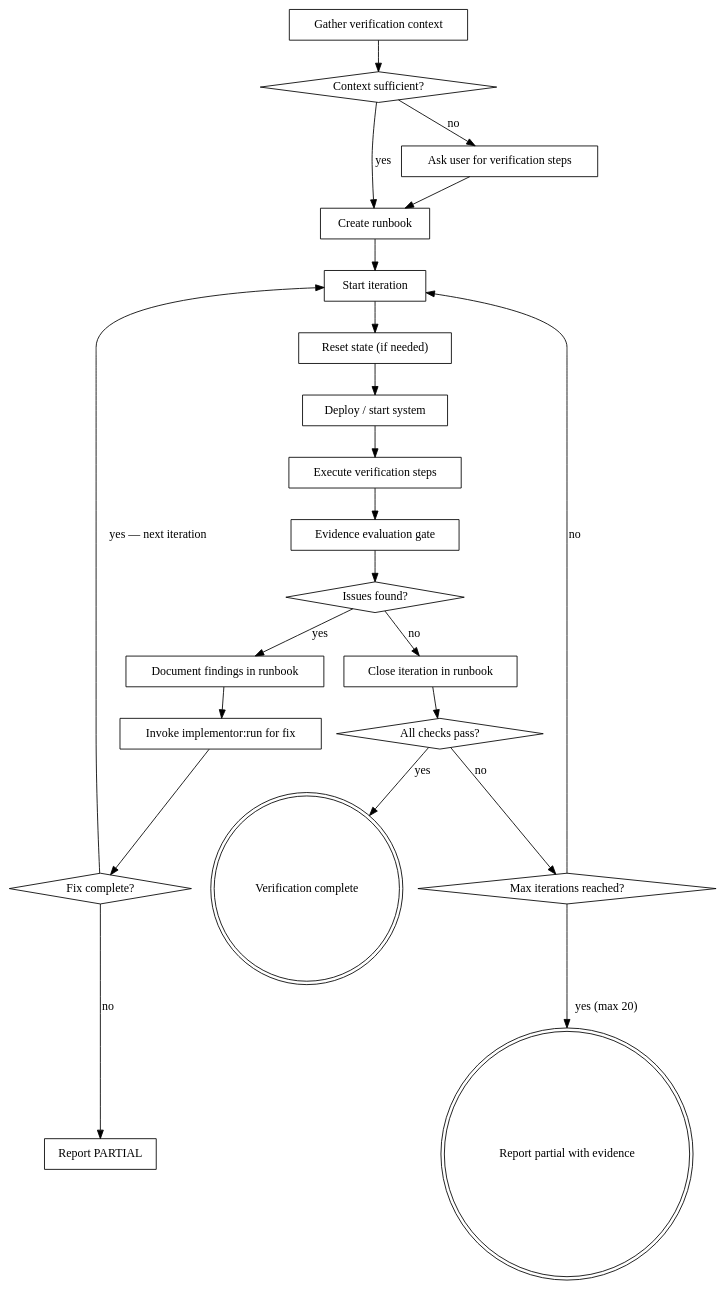
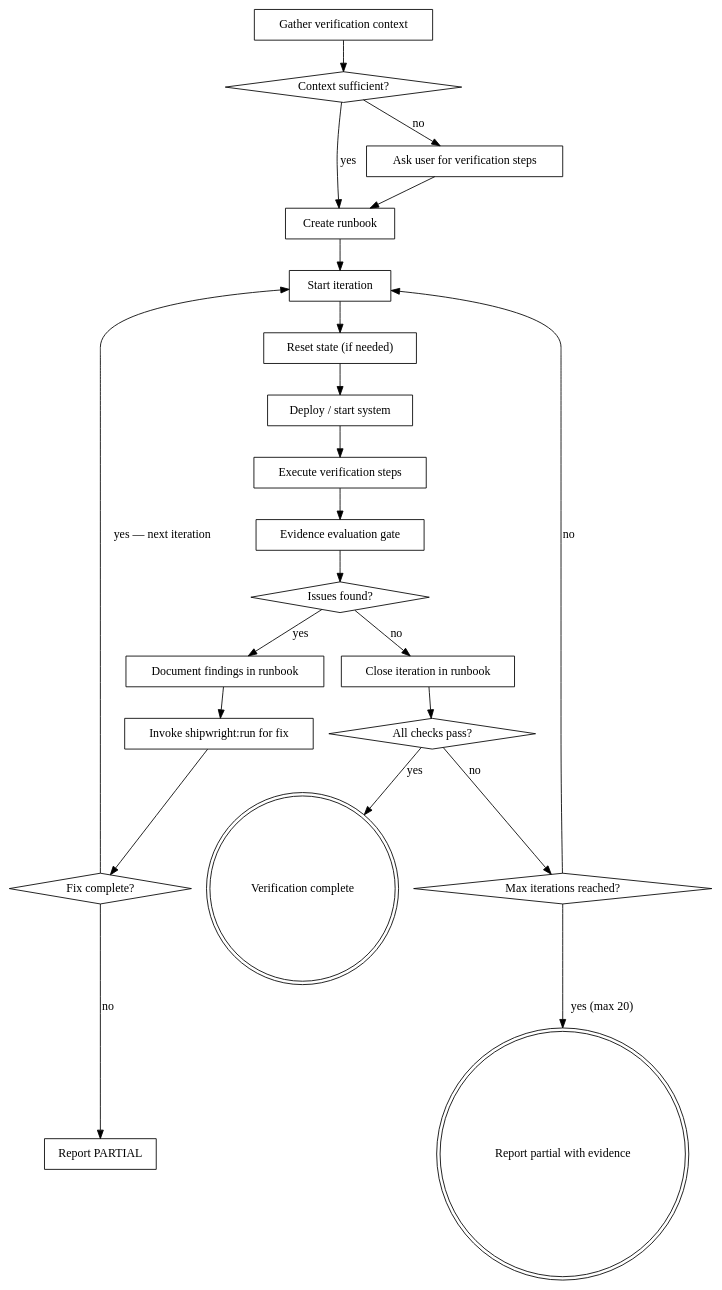
Before and after one commit to hybriden/shipwright: the diagram in skills/auto-verify/SKILL.md, drawn with Graphviz. The commit also changed other lines of this file and 24 other files, not shown here.

First line of the commit message:
feat: v3.0.0 — rename to Shipwright, fix all harness audit findings

````diff
--- a/skills/auto-verify/SKILL.md
+++ b/skills/auto-verify/SKILL.md
@@ -37,47 +37,47 @@
 ```dot
 digraph auto_verify {
     rankdir=TB;
 
     "Gather verification context" [shape=box];
     "Context sufficient?" [shape=diamond];
     "Ask user for verification steps" [shape=box];
     "Create runbook" [shape=box];
     "Start iteration" [shape=box];
     "Reset state (if needed)" [shape=box];
     "Deploy / start system" [shape=box];
     "Execute verification steps" [shape=box];
     "Evidence evaluation gate" [shape=box];
     "Issues found?" [shape=diamond];
     "Document findings in runbook" [shape=box];
-    "Invoke implementor:run for fix" [shape=box];
+    "Invoke shipwright:run for fix" [shape=box];
     "Fix complete?" [shape=diamond];
     "Report PARTIAL" [shape=box];
     "Max iterations reached?" [shape=diamond];
     "Close iteration in runbook" [shape=box];
     "All checks pass?" [shape=diamond];
     "Verification complete" [shape=doublecircle];
     "Report partial with evidence" [shape=doublecircle];
 
     "Gather verification context" -> "Context sufficient?";
     "Context sufficient?" -> "Create runbook" [label="yes"];
     "Context sufficient?" -> "Ask user for verification steps" [label="no"];
     "Ask user for verification steps" -> "Create runbook";
     "Create runbook" -> "Start iteration";
     "Start iteration" -> "Reset state (if needed)";
     "Reset state (if needed)" -> "Deploy / start system";
     "Deploy / start system" -> "Execute verification steps";
     "Execute verification steps" -> "Evidence evaluation gate";
     "Evidence evaluation gate" -> "Issues found?";
     "Issues found?" -> "Close iteration in runbook" [label="no"];
     "Issues found?" -> "Document findings in runbook" [label="yes"];
-    "Document findings in runbook" -> "Invoke implementor:run for fix";
-    "Invoke implementor:run for fix" -> "Fix complete?";
+    "Document findings in runbook" -> "Invoke shipwright:run for fix";
+    "Invoke shipwright:run for fix" -> "Fix complete?";
     "Fix complete?" -> "Start iteration" [label="yes — next iteration"];
     "Fix complete?" -> "Report PARTIAL" [label="no"];
     "Close iteration in runbook" -> "All checks pass?";
     "All checks pass?" -> "Verification complete" [label="yes"];
     "All checks pass?" -> "Max iterations reached?" [label="no"];
     "Max iterations reached?" -> "Report partial with evidence" [label="yes (max 20)"];
     "Max iterations reached?" -> "Start iteration" [label="no"];
 }
 ```
````
